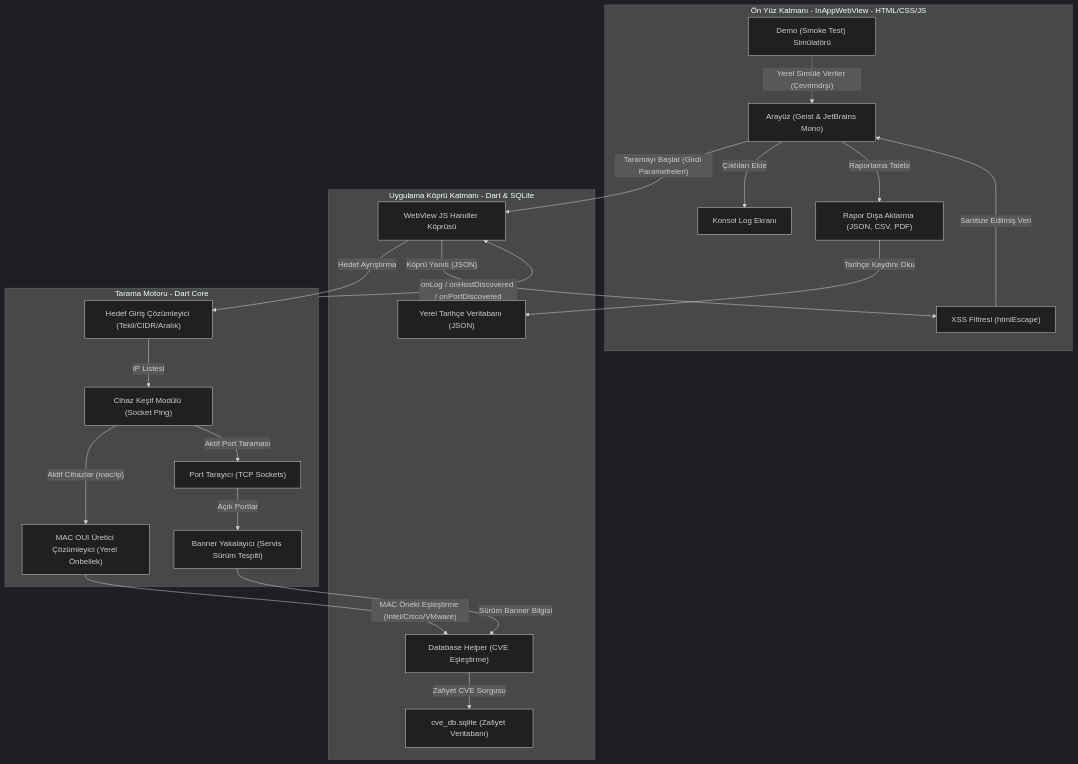
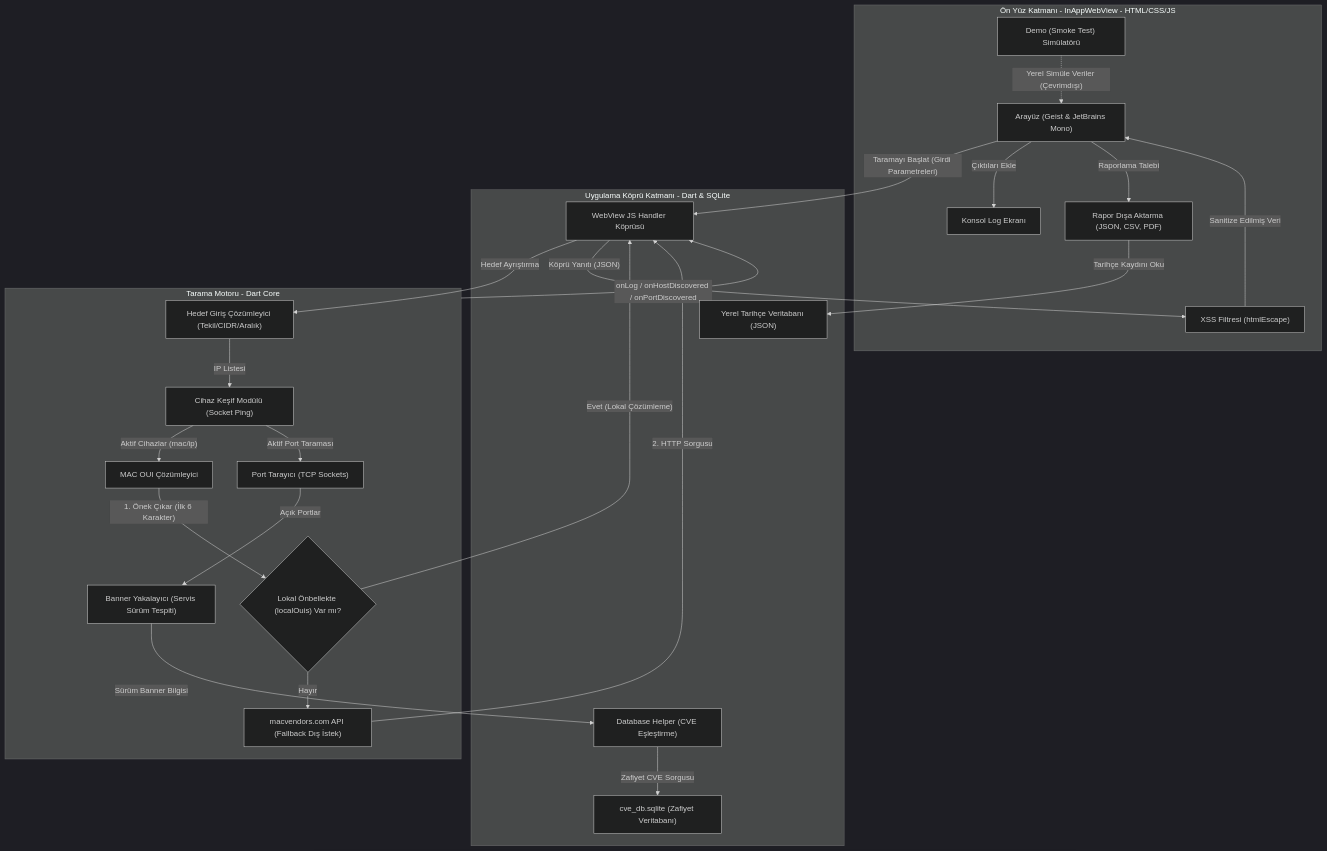
Before and after one commit to BigDesigner/gnncyber-netscan: the diagram in docs/architecture-diagram.md, drawn with Mermaid (dark theme).

Commit message:
docs: include macvendors.com fallback flow in architecture diagram

````diff
--- a/docs/architecture-diagram.md
+++ b/docs/architecture-diagram.md
@@ -9,47 +9,52 @@
 ```mermaid
 graph TD
     subgraph Frontend [Ön Yüz Katmanı - InAppWebView - HTML/CSS/JS]
         UI["Arayüz (Geist & JetBrains Mono)"]
         DemoSim["Demo (Smoke Test) Simülatörü"]
         ExportMod["Rapor Dışa Aktarma (JSON, CSV, PDF)"]
         XSS["XSS Filtresi (htmlEscape)"]
         Console["Konsol Log Ekranı"]
     end
 
     subgraph DartBridge [Uygulama Köprü Katmanı - Dart & SQLite]
         Bridge["WebView JS Handler Köprüsü"]
         HistoryDB["Yerel Tarihçe Veritabanı (JSON)"]
         DBHelper["Database Helper (CVE Eşleştirme)"]
         SQLite["cve_db.sqlite (Zafiyet Veritabanı)"]
     end
 
     subgraph Engine [Tarama Motoru - Dart Core]
         Parser["Hedef Giriş Çözümleyici (Tekil/CIDR/Aralık)"]
         Ping["Cihaz Keşif Modülü (Socket Ping)"]
-        OUICache["MAC OUI Üretici Çözümleyici (Yerel Önbellek)"]
+        OUICache["MAC OUI Çözümleyici"]
+        LocalCache{"Lokal Önbellekte (localOuis) Var mı?"}
+        MacVendors["macvendors.com API (Fallback Dış İstek)"]
         PortScan["Port Tarayıcı (TCP Sockets)"]
         Banner["Banner Yakalayıcı (Servis Sürüm Tespiti)"]
     end
 
     %% Akışlar ve Tetikleyiciler
     UI -->|"Taramayı Başlat (Girdi Parametreleri)"| Bridge
     DemoSim -.->|"Yerel Simüle Veriler (Çevrimdışı)"| UI
     Bridge -->|"Hedef Ayrıştırma"| Parser
     Parser -->|"IP Listesi"| Ping
     Ping -->|"Aktif Cihazlar (mac/ip)"| OUICache
-    OUICache -->|"MAC Öneki Eşleştirme (Intel/Cisco/VMware)"| DBHelper
+    OUICache -->|"1. Önek Çıkar (İlk 6 Karakter)"| LocalCache
+    LocalCache -->|"Evet (Lokal Çözümleme)"| Bridge
+    LocalCache -->|"Hayır"| MacVendors
+    MacVendors -->|"2. HTTP Sorgusu"| Bridge
     DBHelper -->|"Zafiyet CVE Sorgusu"| SQLite
     Ping -->|"Aktif Port Taraması"| PortScan
     PortScan -->|"Açık Portlar"| Banner
     Banner -->|"Sürüm Banner Bilgisi"| DBHelper
     
     %% Geri Bildirim Akışı (Callbacks)
     Engine -->|"onLog / onHostDiscovered / onPortDiscovered"| Bridge
     Bridge -->|"Köprü Yanıtı (JSON)"| XSS
     XSS -->|"Sanitize Edilmiş Veri"| UI
     UI -->|"Çıktıları Ekle"| Console
     
     %% Raporlama Akışı
     UI -->|"Raporlama Talebi"| ExportMod
     ExportMod -->|"Tarihçe Kaydını Oku"| HistoryDB
 ```
````
